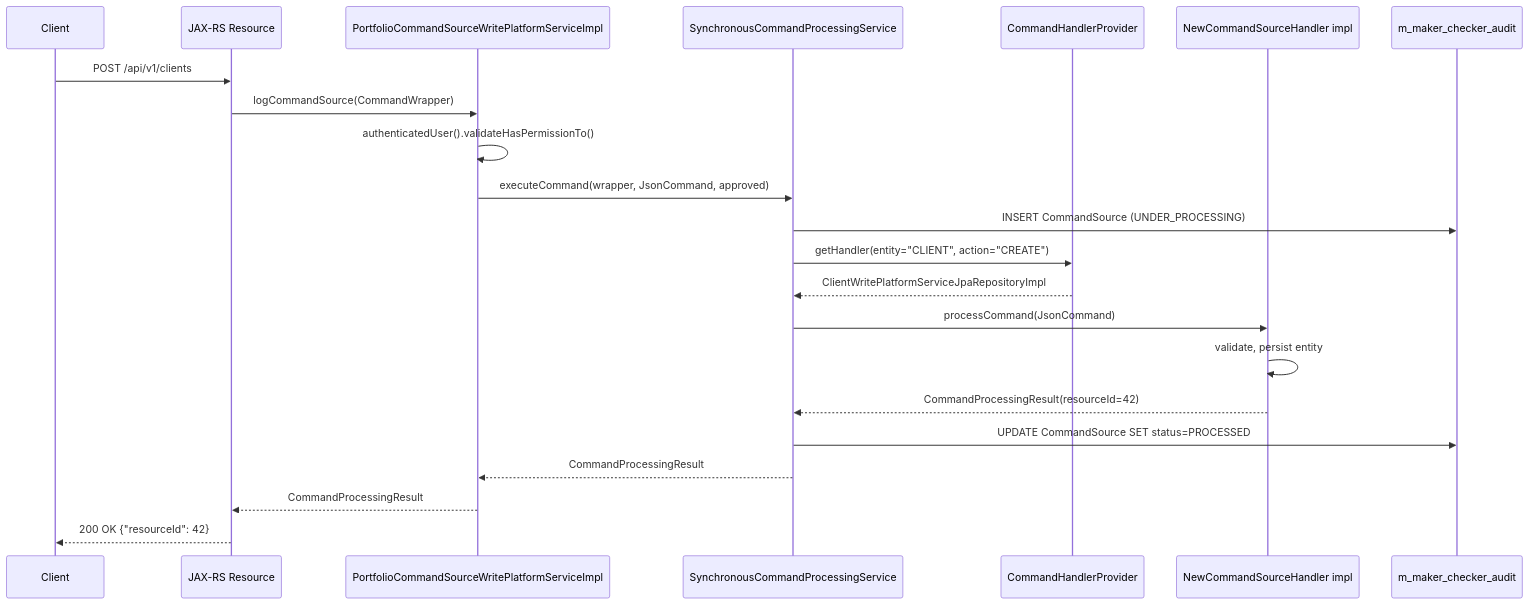
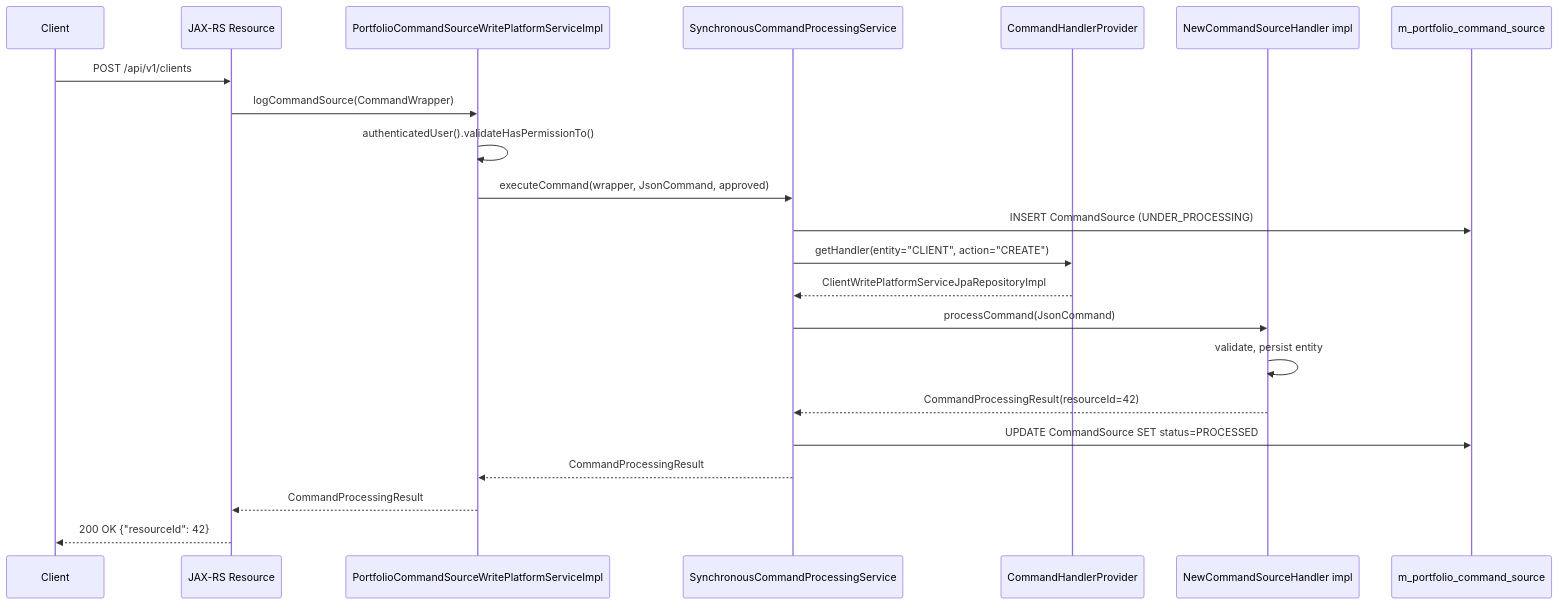
Before and after one commit to mintlify-atlas/docs-wiki-1999217c: the diagram in core/command-pattern.mdx, drawn with Mermaid. The commit also changed other lines of this file and 28 other files, not shown here.

````diff
--- a/core/command-pattern.mdx
+++ b/core/command-pattern.mdx
@@ -284,25 +284,25 @@
 ```mermaid
 sequenceDiagram
     participant Client
     participant Resource as JAX-RS Resource
     participant Port as PortfolioCommandSourceWritePlatformServiceImpl
     participant SCPS as SynchronousCommandProcessingService
     participant HP as CommandHandlerProvider
     participant Handler as NewCommandSourceHandler impl
-    participant Audit as m_maker_checker_audit
+    participant Audit as m_portfolio_command_source
 
     Client->>Resource: POST /api/v1/clients
     Resource->>Port: logCommandSource(CommandWrapper)
     Port->>Port: authenticatedUser().validateHasPermissionTo()
     Port->>SCPS: executeCommand(wrapper, JsonCommand, approved)
     SCPS->>Audit: INSERT CommandSource (UNDER_PROCESSING)
     SCPS->>HP: getHandler(entity="CLIENT", action="CREATE")
     HP-->>SCPS: ClientWritePlatformServiceJpaRepositoryImpl
     SCPS->>Handler: processCommand(JsonCommand)
     Handler->>Handler: validate, persist entity
     Handler-->>SCPS: CommandProcessingResult(resourceId=42)
     SCPS->>Audit: UPDATE CommandSource SET status=PROCESSED
     SCPS-->>Port: CommandProcessingResult
     Port-->>Resource: CommandProcessingResult
     Resource-->>Client: 200 OK {"resourceId": 42}
 ```
````
